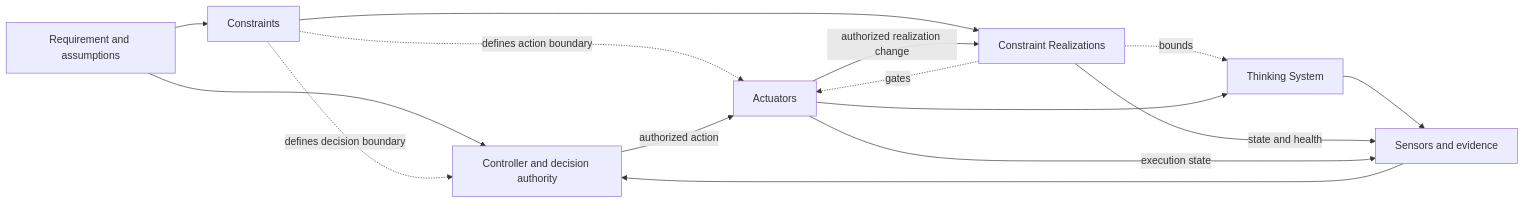
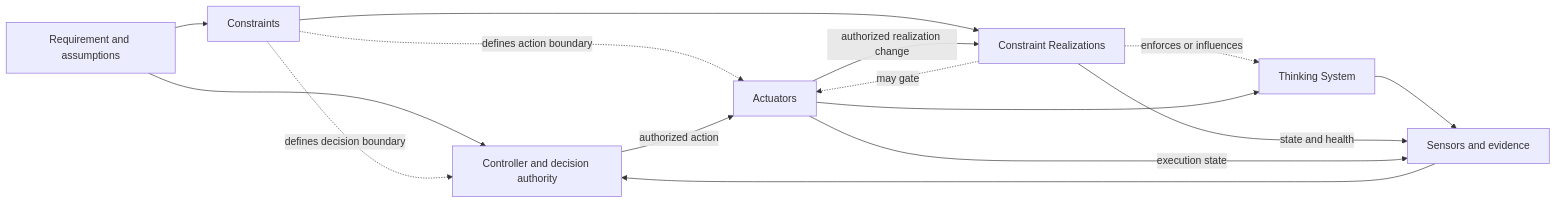
One commit to UncertaintyArchitectureGroup/uncertainty-architecture changed the third of 3 diagrams in 00-doctrine/nested-control-lifecycle.md. Above: the diagram before and after it, drawn with Mermaid. The commit also changed other lines of this file, not shown here.

Commit message:
Align lifecycle diagram with scoped realizations

````diff
--- a/00-doctrine/nested-control-lifecycle.md
+++ b/00-doctrine/nested-control-lifecycle.md
@@ -202,25 +204,25 @@
 ```mermaid
 flowchart LR
     REF[Requirement and assumptions]
     K[Constraints]
     KR[Constraint Realizations]
     P[Thinking System]
     S[Sensors and evidence]
     C[Controller and decision authority]
     A[Actuators]
 
     REF --> C
     REF --> K
     K --> KR
     K -. defines decision boundary .-> C
     K -. defines action boundary .-> A
-    KR -. bounds .-> P
-    KR -. gates .-> A
+    KR -. enforces or influences .-> P
+    KR -. may gate .-> A
     P --> S
     KR -->|state and health| S
     A -->|execution state| S
     S --> C
     C -->|authorized action| A
     A --> P
     A -->|authorized realization change| KR
 ```
````
